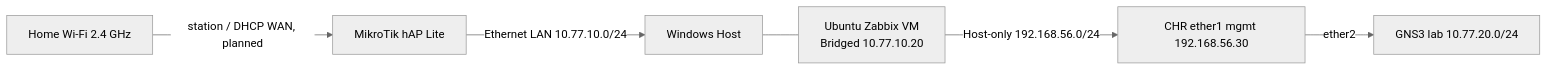
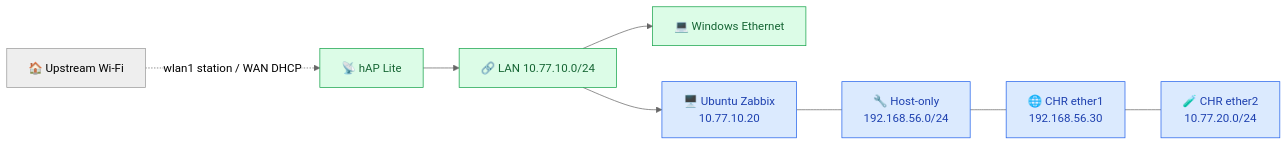
The diagram in docs/ARCHITECTURE.md (DrBham/NetWatch-NOC-Network-Monitoring-System), drawn with Mermaid (neutral theme) before and after one commit. The commit also changed other lines of this file and 8 other files, not shown here.

````diff
--- a/docs/ARCHITECTURE.md
+++ b/docs/ARCHITECTURE.md
@@ -17,9 +18,14 @@
 ```mermaid
 flowchart LR
-    UP[Home Wi-Fi 2.4 GHz] -->|station / DHCP WAN, planned| MT[MikroTik hAP Lite]
-    MT -->|Ethernet LAN 10.77.10.0/24| HOST[Windows Host]
-    HOST --- VM[Ubuntu Zabbix VM
-Bridged 10.77.10.20]
-    VM -->|Host-only 192.168.56.0/24| CHR[CHR ether1 mgmt 192.168.56.30]
-    CHR -->|ether2| GNS[GNS3 lab 10.77.20.0/24]
+    A["🏠 Upstream Wi-Fi"] -. "wlan1 station / WAN DHCP" .-> B["📡 hAP Lite"]
+    B --> C["🔗 LAN 10.77.10.0/24"]
+    C --> W["💻 Windows Ethernet"]
+    C --> Z["🖥️ Ubuntu Zabbix<br/>10.77.10.20"]
+    Z --- H["🔧 Host-only<br/>192.168.56.0/24"]
+    H --- R["🌐 CHR ether1<br/>192.168.56.30"]
+    R --- L["🧪 CHR ether2<br/>10.77.20.0/24"]
+    classDef physical fill:#dcfce7,stroke:#16a34a,color:#166534
+    classDef virtual fill:#dbeafe,stroke:#2563eb,color:#1e40af
+    class B,C,W physical
+    class Z,H,R,L virtual
 ```
````
